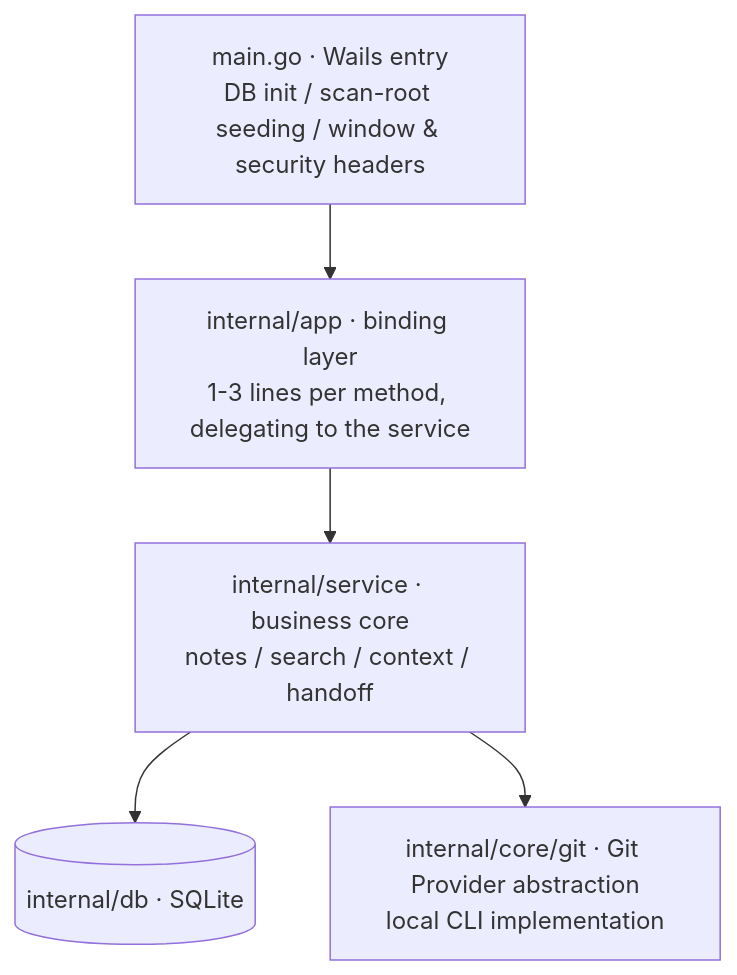
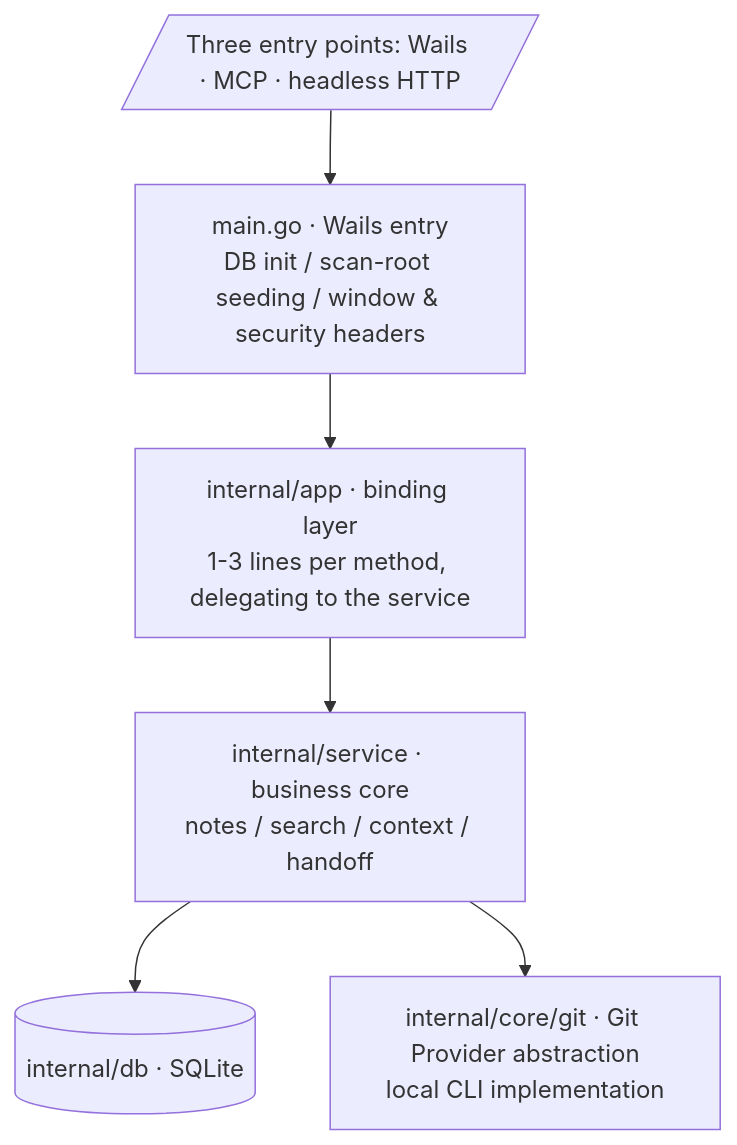
One commit to sky-jiangcheng/RepoNest changed the first of 4 diagrams in docs/en/architecture.md. Above: the diagram before and after it, drawn with Mermaid. The commit also changed other lines of this file and 35 other files, not shown here.

First line of the commit message:
docs: 图文搭配体系化（8→16 张图）+ 修复 mermaid flowchart 被压成线

````diff
--- a/docs/en/architecture.md
+++ b/docs/en/architecture.md
@@ -16,11 +16,12 @@
 ```mermaid
 flowchart TB
+    ENTRY[/"Three entry points: Wails · MCP · headless HTTP"/]
     MAIN[main.go · Wails entry<br/>DB init / scan-root seeding / window & security headers]
     APP[internal/app · binding layer<br/>1-3 lines per method, delegating to the service]
     SVC[internal/service · business core<br/>notes / search / context / handoff]
     DB[(internal/db · SQLite)]
     GIT[internal/core/git · Git Provider abstraction<br/>local CLI implementation]
-    MAIN --> APP --> SVC
+    ENTRY --> MAIN --> APP --> SVC
     SVC --> DB
     SVC --> GIT
 ```
````
